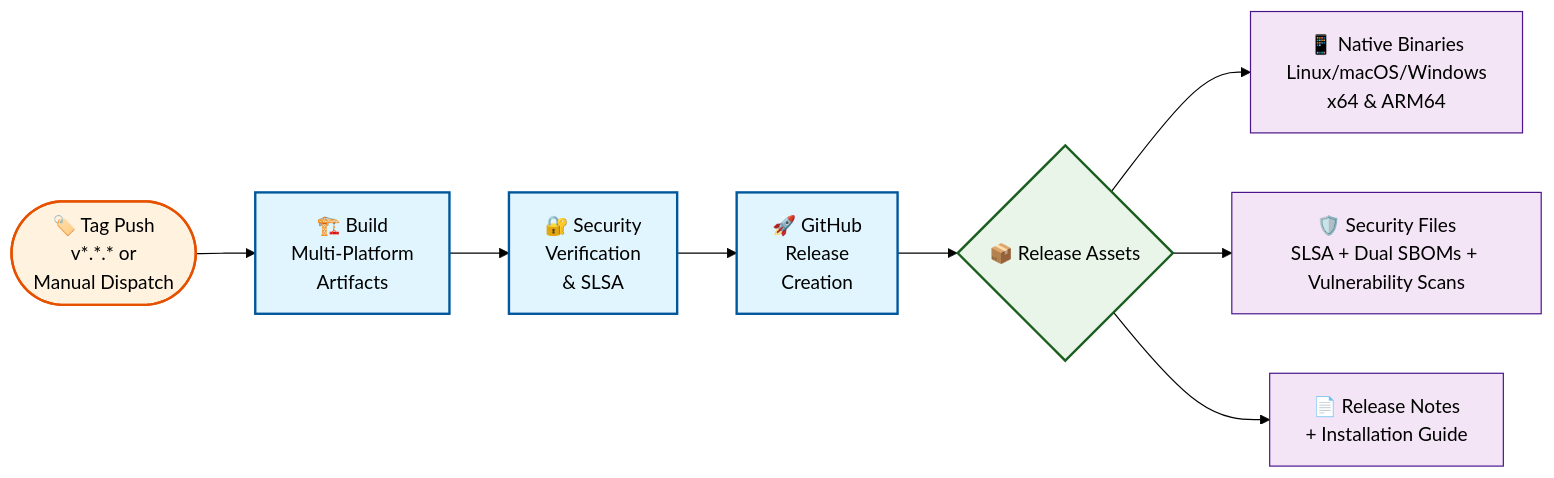
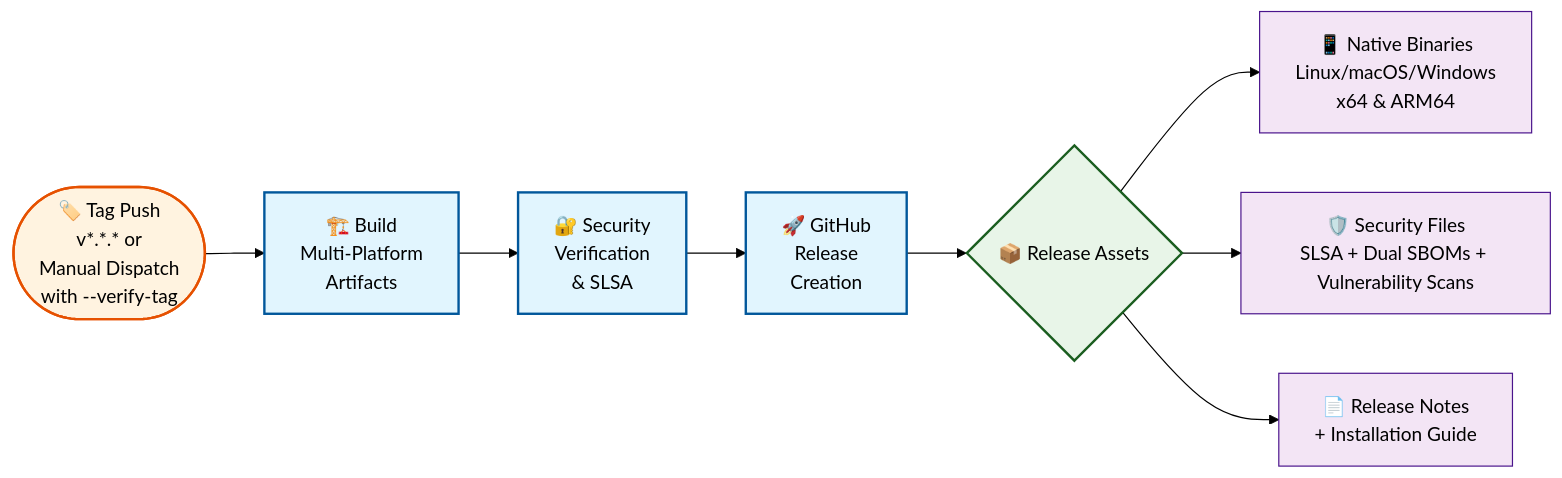
The first of 5 diagrams in docs/explanation/automated-release-process.md (kamiazya/scopes), drawn with Mermaid (forest theme) before and after one commit. The commit also changed other lines of this file and 2 other files, not shown here.

````diff
--- a/docs/explanation/automated-release-process.md
+++ b/docs/explanation/automated-release-process.md
@@ -13,29 +13,29 @@
 ```mermaid
 graph LR
     %% Triggers
-    Start([🏷️ Tag Push<br/>v*.*.* or<br/>Manual Dispatch]) 
+    Start([🏷️ Tag Push<br/>v*.*.* or<br/>Manual Dispatch<br/>with --verify-tag]) 
     
     %% Main workflow stages
     Start --> Build[🏗️ Build<br/>Multi-Platform<br/>Artifacts]
     Build --> Security[🔐 Security<br/>Verification<br/>& SLSA]
     Security --> Release[🚀 GitHub<br/>Release<br/>Creation]
     
     %% Final outputs
     Release --> Output{📦 Release Assets}
     
     %% Output types
     Output --> Binaries[📱 Native Binaries<br/>Linux/macOS/Windows<br/>x64 & ARM64]
     Output --> Verification[🛡️ Security Files<br/>SLSA + Dual SBOMs + Vulnerability Scans]
     Output --> Documentation[📄 Release Notes<br/>+ Installation Guide]
     
     %% Styling
     classDef triggerBox fill:#fff3e0,stroke:#e65100,stroke-width:2px
     classDef processBox fill:#e1f5fe,stroke:#01579b,stroke-width:2px  
     classDef outputBox fill:#e8f5e8,stroke:#1b5e20,stroke-width:2px
     classDef artifactBox fill:#f3e5f5,stroke:#4a148c,stroke-width:1px
     
     class Start triggerBox
     class Build,Security,Release processBox
     class Output outputBox
     class Binaries,Verification,Documentation artifactBox
 ```
````
